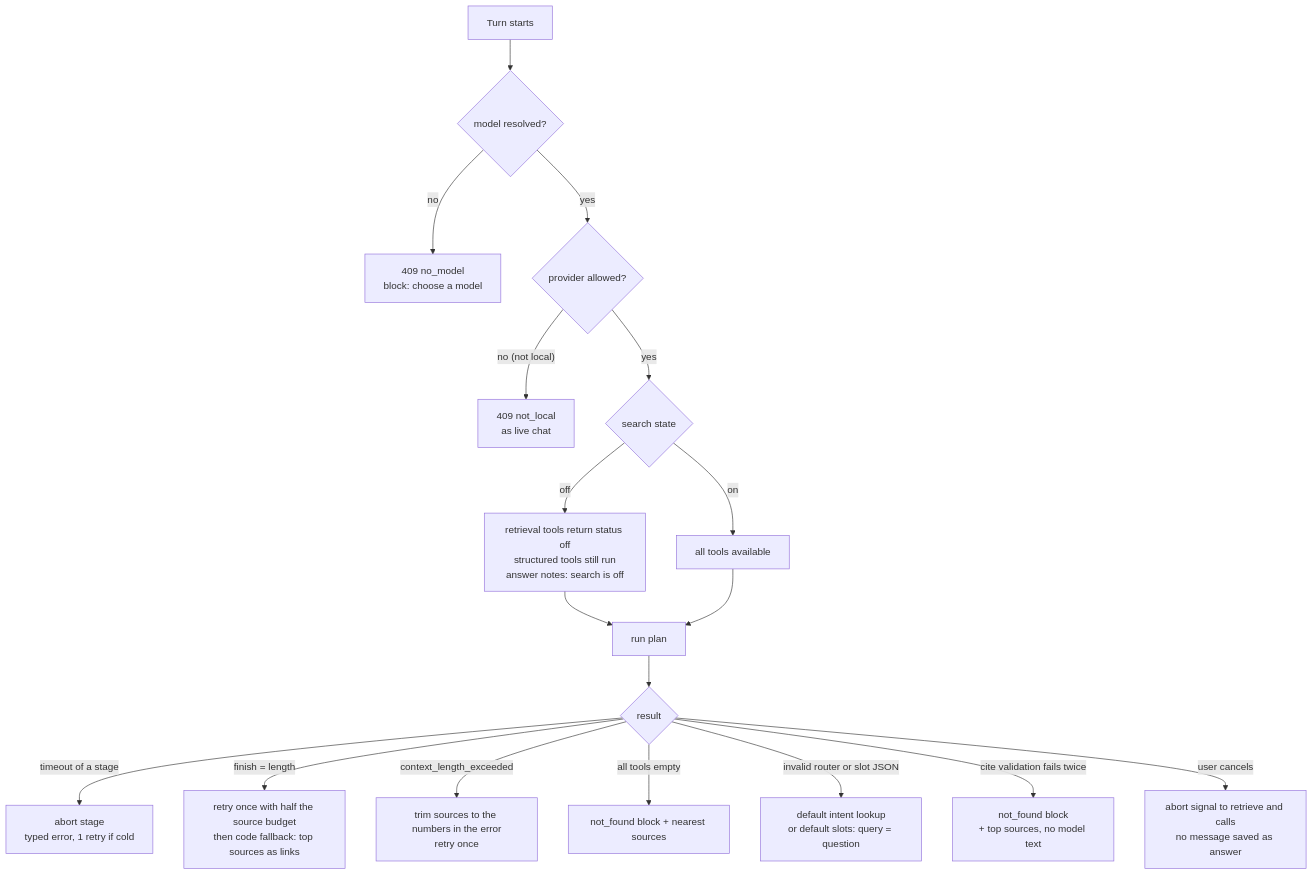
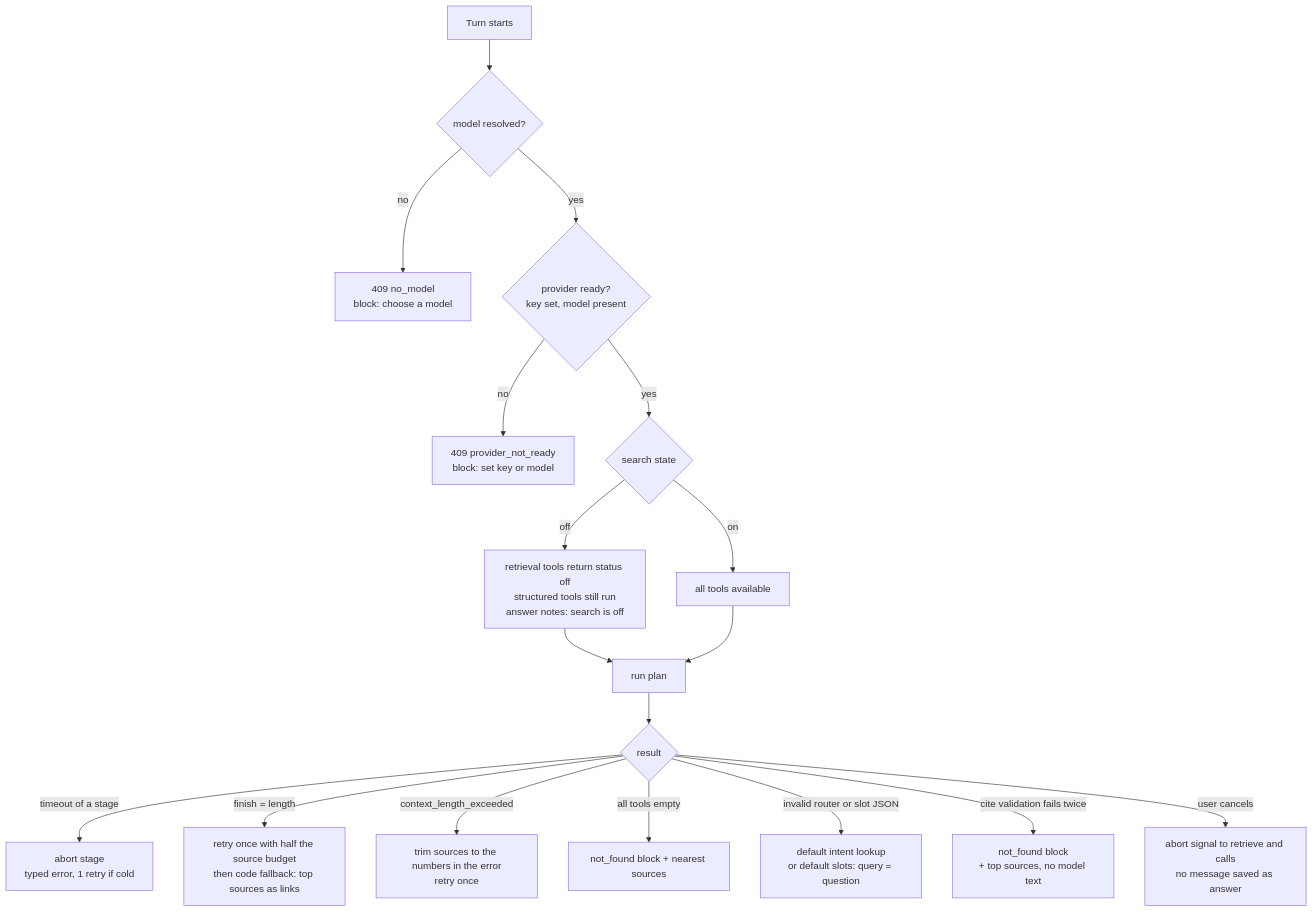
One commit to Maheidem/openstyle changed the third of 6 diagrams in specs/meeting-chat-agent.md. Above: the diagram before and after it, drawn with Mermaid. The commit also changed other lines of this file, not shown here.

First line of the commit message:
docs(spec): apply owner decisions D1-D4 to meeting chat agent

````diff
--- a/specs/meeting-chat-agent.md
+++ b/specs/meeting-chat-agent.md
@@ -263,20 +265,20 @@
 ```mermaid
 flowchart TD
   T["Turn starts"] --> A{"model resolved?"}
   A -->|no| E1["409 no_model<br/>block: choose a model"]
-  A -->|yes| B{"provider allowed?"}
-  B -->|"no (not local)"| E2["409 not_local<br/>as live chat"]
+  A -->|yes| B{"provider ready?<br/>key set, model present"}
+  B -->|no| E2["409 provider_not_ready<br/>block: set key or model"]
   B -->|yes| C{"search state"}
   C -->|"off"| D1["retrieval tools return status off<br/>structured tools still run<br/>answer notes: search is off"]
   C -->|on| D2["all tools available"]
   D1 --> R["run plan"]
   D2 --> R
   R --> X{"result"}
   X -->|"timeout of a stage"| F1["abort stage<br/>typed error, 1 retry if cold"]
   X -->|"finish = length"| F2["retry once with half the source budget<br/>then code fallback: top sources as links"]
   X -->|"context_length_exceeded"| F3["trim sources to the numbers in the error<br/>retry once"]
   X -->|"all tools empty"| F4["not_found block + nearest sources"]
   X -->|"invalid router or slot JSON"| F5["default intent lookup<br/>or default slots: query = question"]
   X -->|"cite validation fails twice"| F6["not_found block<br/>+ top sources, no model text"]
   X -->|"user cancels"| F7["abort signal to retrieve and calls<br/>no message saved as answer"]
 ```
````
